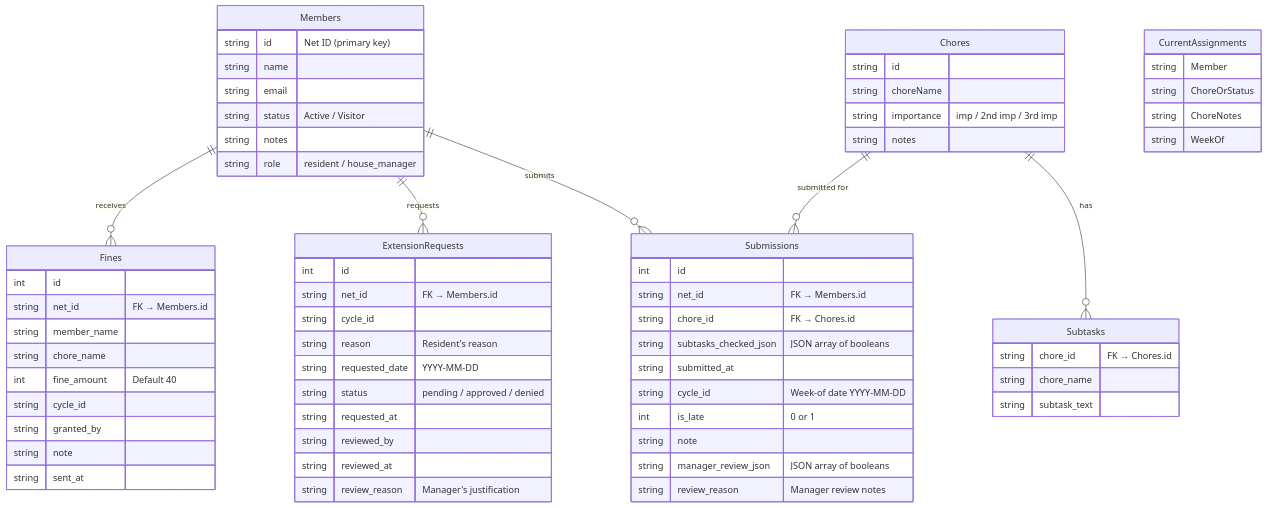
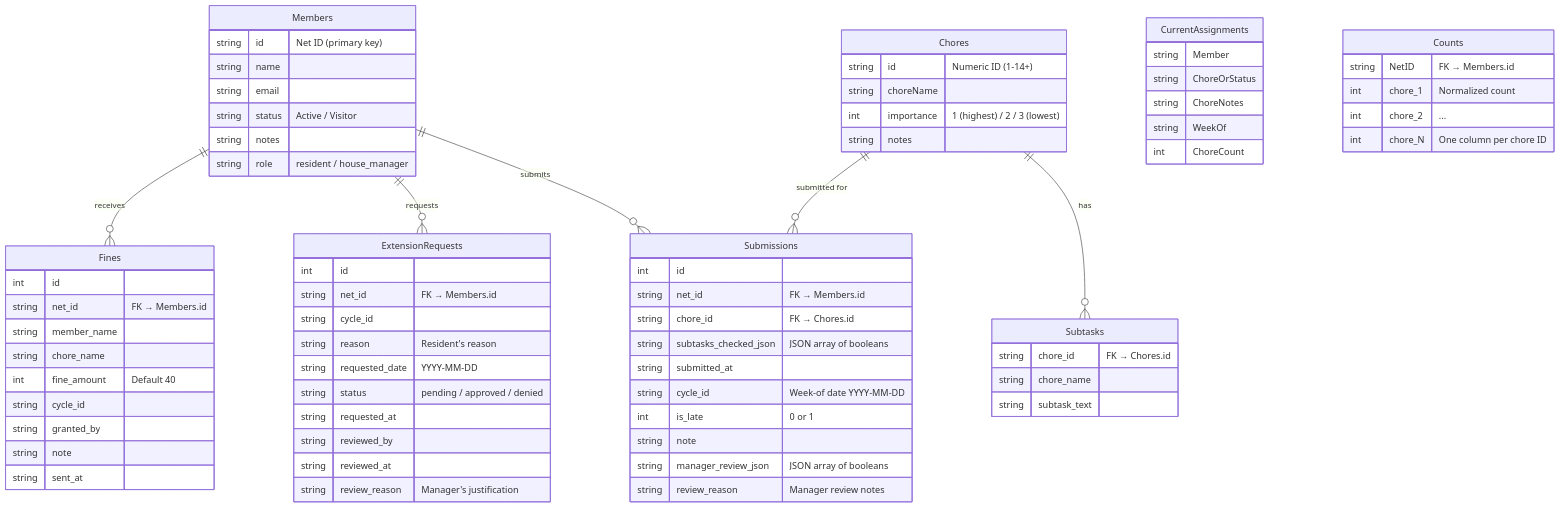
Before and after one commit to gaithaca/chores: the second of 3 diagrams in README.md, drawn with Mermaid. The commit also changed other lines of this file and 4 other files, not shown here.

````diff
--- a/README.md
+++ b/README.md
@@ -131,69 +130,76 @@
 ```mermaid
 erDiagram
     Members {
         string id "Net ID (primary key)"
         string name
         string email
         string status "Active / Visitor"
         string notes
         string role "resident / house_manager"
     }
     Chores {
-        string id
+        string id "Numeric ID (1-14+)"
         string choreName
-        string importance "imp / 2nd imp / 3rd imp"
+        int importance "1 (highest) / 2 / 3 (lowest)"
         string notes
     }
     Subtasks {
         string chore_id "FK → Chores.id"
         string chore_name
         string subtask_text
     }
     Submissions {
         int id
         string net_id "FK → Members.id"
         string chore_id "FK → Chores.id"
         string subtasks_checked_json "JSON array of booleans"
         string submitted_at
         string cycle_id "Week-of date YYYY-MM-DD"
         int is_late "0 or 1"
         string note
         string manager_review_json "JSON array of booleans"
         string review_reason "Manager review notes"
     }
     ExtensionRequests {
         int id
         string net_id "FK → Members.id"
         string cycle_id
         string reason "Resident's reason"
         string requested_date "YYYY-MM-DD"
         string status "pending / approved / denied"
         string requested_at
         string reviewed_by
         string reviewed_at
         string review_reason "Manager's justification"
     }
     Fines {
         int id
         string net_id "FK → Members.id"
         string member_name
         string chore_name
         int fine_amount "Default 40"
         string cycle_id
         string granted_by
         string note
         string sent_at
     }
     CurrentAssignments {
         string Member
         string ChoreOrStatus
         string ChoreNotes
         string WeekOf
+        int ChoreCount
+    }
+    Counts {
+        string NetID "FK → Members.id"
+        int chore_1 "Normalized count"
+        int chore_2 "..."
+        int chore_N "One column per chore ID"
     }
 
     Members ||--o{ Submissions : submits
     Members ||--o{ ExtensionRequests : requests
     Members ||--o{ Fines : receives
     Chores ||--o{ Subtasks : has
     Chores ||--o{ Submissions : "submitted for"
 ```
````
